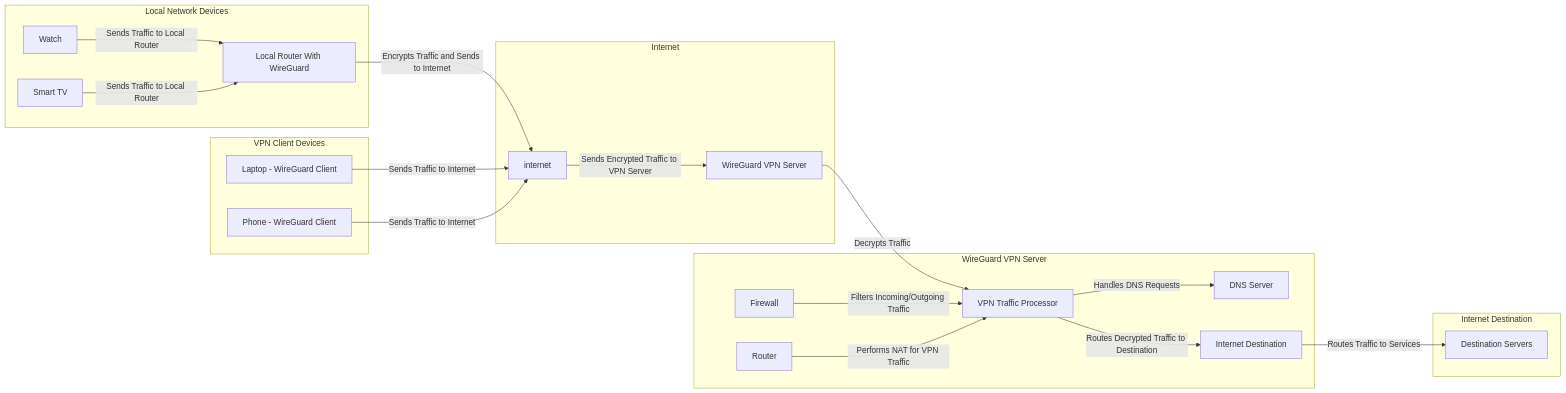
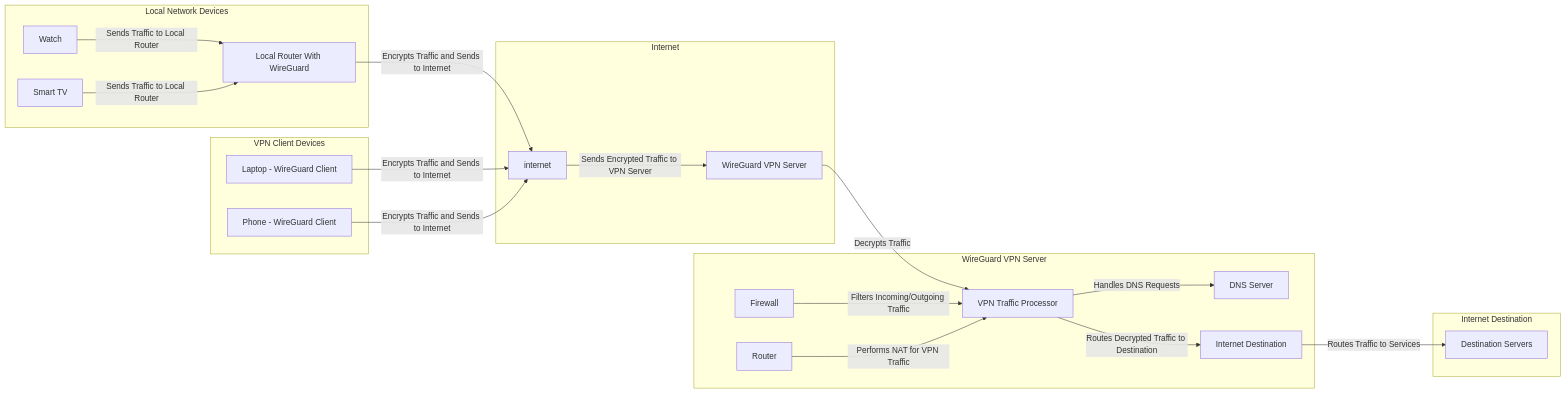
Before and after one commit to Strong-Foundation/wireguard-manager: the diagram in readme.md, drawn with Mermaid.

````diff
--- a/readme.md
+++ b/readme.md
@@ -406,42 +406,41 @@
 ```mermaid
 graph LR
   %% VPN Client Devices (Direct Connection)
   subgraph "VPN Client Devices"
     phone[Phone - WireGuard Client]
     laptop[Laptop - WireGuard Client]
   end
 
   %% Local Network Devices Connecting Through Router
   subgraph "Local Network Devices"
     localWatch[Watch] -->|Sends Traffic to Local Router| localRouter[Local Router With WireGuard]
     localSmartTV[Smart TV] -->|Sends Traffic to Local Router| localRouter
     localRouter
   end
 
   %% Internet Block
   subgraph "Internet"
     internet -->|"Sends Encrypted Traffic to VPN Server"| vpnServer[WireGuard VPN Server]
   end
 
   %% WireGuard VPN Server - Processing Encrypted Traffic
   subgraph "WireGuard VPN Server"
     vpnServer -->|Decrypts Traffic| wireGuardVPN[VPN Traffic Processor]
     wireGuardVPN -->|Handles DNS Requests| dnsServer[DNS Server]
     firewall[Firewall] -->|Filters Incoming/Outgoing Traffic| wireGuardVPN
     router[Router] -->|Performs NAT for VPN Traffic| wireGuardVPN
     wireGuardVPN -->|Routes Decrypted Traffic to Destination| internetDestination["Internet Destination"]
   end
 
   %% Internet Destination - Services Handling Requests
   subgraph "Internet Destination"
     internetDestination -->|Routes Traffic to Services| destinationServices[Destination Servers]
   end
 
   %% Connections to the Internet
   internet
   vpnServer
   localRouter -->|"Encrypts Traffic and Sends to Internet"| internet
-  laptop -->|"Sends Traffic to Internet"| internet
-  phone -->|"Sends Traffic to Internet"| internet
-
+  laptop -->|"Encrypts Traffic and Sends to Internet"| internet
+  phone -->|"Encrypts Traffic and Sends to Internet"| internet
 ```
````
